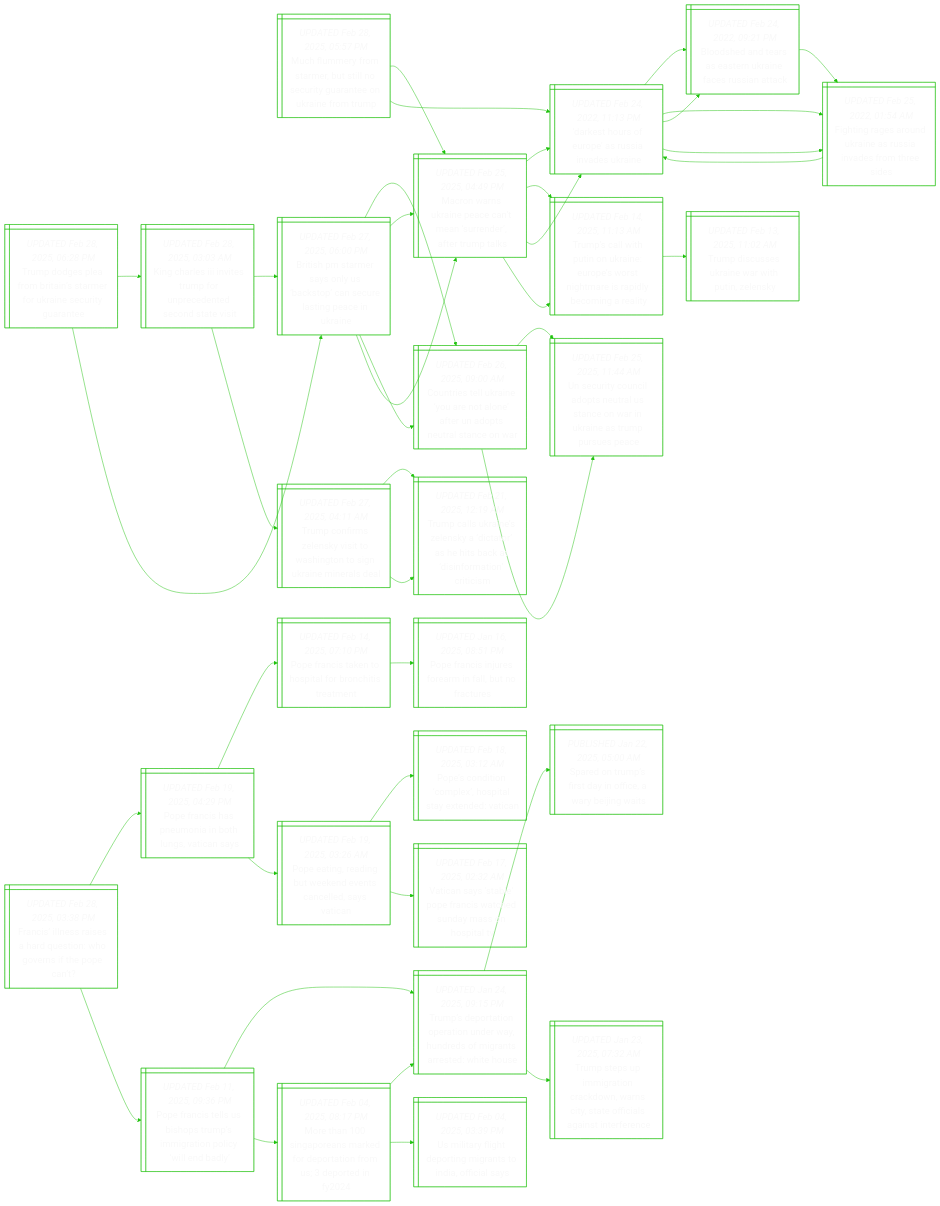
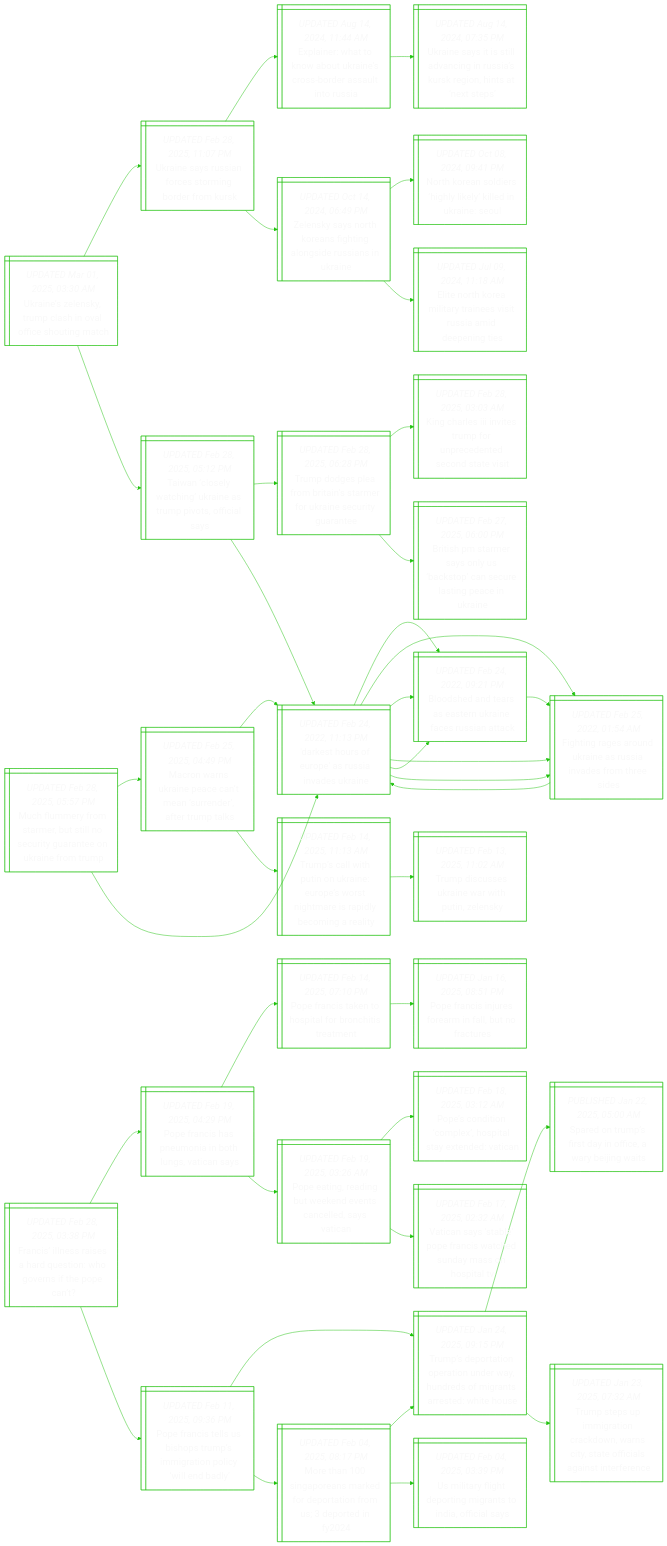
Before and after one commit to notJmes/notJmes: the diagram in README.md, drawn with Mermaid. The commit also changed other lines of this file, not shown here.

```diff
--- a/README.md
+++ b/README.md
@@ -15,6 +15,49 @@
 %%{init: {'theme':'base', 'themeVariables': {'primaryColor': "transparent", 'primaryTextColor': "#F9F9F9", 'lineColor': "#20C20E", 'primaryBorderColor':'#20C20E'}}}%%
 flowchart LR
 classDef txtsize font-size:20px;
+
+Unlyphaiogh@{ shape: win-pane, label: "_UPDATED Mar 01, 2025, 03:30 AM_
+Ukraine’s zelensky, trump clash in oval office shouting match" }
+Unsirtndos@{ shape: win-pane, label: "_UPDATED Feb 28, 2025, 11:07 PM_
+Ukraine says russian forces storming border from kursk" }
+Eihkbkesdsiu@{ shape: win-pane, label: "_UPDATED Aug 14, 2024, 11:44 AM_
+Explainer: what to know about ukraine’s cross-border assault into russia" }
+Unssacnirgits@{ shape: win-pane, label: "_UPDATED Aug 14, 2024, 07:35 PM_
+Ukraine says it is still advancing in russia’s kursk region, hints at ‘next steps’" }
+Zsyteinneini@{ shape: win-pane, label: "_UPDATED Oct 14, 2024, 06:49 PM_
+Zelensky says north koreans fighting alongside russians in ukraine" }
+NKniilyekel@{ shape: win-pane, label: "_UPDATED Oct 08, 2024, 09:41 PM_
+North korean soldiers ‘highly likely’ killed in ukraine: seoul" }
+ENKmaastidet@{ shape: win-pane, label: "_UPDATED Jul 09, 2024, 11:18 AM_
+Elite north korea military trainees visit russia amid deepening ties" }
+TnetgiTpsca@{ shape: win-pane, label: "_UPDATED Feb 28, 2025, 05:12 PM_
+Taiwan ‘closely watching’ ukraine as trump pivots, official says" }
+Tdsfrnroaetre@{ shape: win-pane, label: "_UPDATED Feb 28, 2025, 06:28 PM_
+Trump dodges plea from britain’s starmer for ukraine security guarantee" }
+Khsnspneeoas@{ shape: win-pane, label: "_UPDATED Feb 28, 2025, 03:03 AM_
+King charles iii invites trump for unprecedented second state visit" }
+BstroSsauspia@{ shape: win-pane, label: "_UPDATED Feb 27, 2025, 06:00 PM_
+British pm starmer says only us ‘backstop’ can secure lasting peace in ukraine" }
+DsruasvUn@{ shape: win-pane, label: "_UPDATED Feb 24, 2022, 11:13 PM_
+'darkest hours of europe' as russia invades ukraine" }
+Bsnranicsak@{ shape: win-pane, label: "_UPDATED Feb 24, 2022, 09:21 PM_
+Bloodshed and tears as eastern ukraine faces russian attack" }
+Figokesnsts@{ shape: win-pane, label: "_UPDATED Feb 25, 2022, 01:54 AM_
+Fighting rages around ukraine as russia invades from three sides" }
+
+Unlyphaiogh:::txtsize --> Unsirtndos:::txtsize
+Unsirtndos:::txtsize --> Eihkbkesdsiu:::txtsize
+Eihkbkesdsiu:::txtsize --> Unssacnirgits:::txtsize
+Unsirtndos:::txtsize --> Zsyteinneini:::txtsize
+Zsyteinneini:::txtsize --> NKniilyekel:::txtsize
+Zsyteinneini:::txtsize --> ENKmaastidet:::txtsize
+Unlyphaiogh:::txtsize --> TnetgiTpsca:::txtsize
+TnetgiTpsca:::txtsize --> Tdsfrnroaetre:::txtsize
+Tdsfrnroaetre:::txtsize --> Khsnspneeoas:::txtsize
+Tdsfrnroaetre:::txtsize --> BstroSsauspia:::txtsize
+TnetgiTpsca:::txtsize --> DsruasvUn:::txtsize
+DsruasvUn:::txtsize --> Bsnranicsak:::txtsize
+DsruasvUn:::txtsize --> Figokesnsts:::txtsize
 
 Mlrmmtlcyaoaru@{ shape: win-pane, label: "_UPDATED Feb 28, 2025, 05:57 PM_
 Much flummery from starmer, but still no security guarantee on ukraine from trump" }
@@ -52,52 +95,6 @@
 Bsnranicsak:::txtsize --> Figokesnsts:::txtsize
 DsruasvUn:::txtsize --> Figokesnsts:::txtsize
 Figokesnsts:::txtsize --> DsruasvUn:::txtsize
-
-Tdsfrnroaetre@{ shape: win-pane, label: "_UPDATED Feb 28, 2025, 06:28 PM_
-Trump dodges plea from britain’s starmer for ukraine security guarantee" }
-Khsnspneeoas@{ shape: win-pane, label: "_UPDATED Feb 28, 2025, 03:03 AM_
-King charles iii invites trump for unprecedented second state visit" }
-BstroSsauspia@{ shape: win-pane, label: "_UPDATED Feb 27, 2025, 06:00 PM_
-British pm starmer says only us ‘backstop’ can secure lasting peace in ukraine" }
-CreryelfNttto@{ shape: win-pane, label: "_UPDATED Feb 26, 2025, 09:00 AM_
-Countries tell ukraine ‘you are not alone’ after un adopts neutral stance on war" }
-MnsianneaTt@{ shape: win-pane, label: "_UPDATED Feb 25, 2025, 04:49 PM_
-Macron warns ukraine peace can’t mean ‘surrender’, after trump talks" }
-Tcrlytstskere@{ shape: win-pane, label: "_UPDATED Feb 27, 2025, 04:11 AM_
-Trump confirms zelensky visit to washington to sign ukraine minerals deal" }
-TcUnlytaicioiis@{ shape: win-pane, label: "_UPDATED Feb 21, 2025, 12:19 AM_
-Trump calls ukraine’s zelensky a ‘dictator’ as he hits back at ‘disinformation’ criticism" }
-TcUnlytaicioiis@{ shape: win-pane, label: "_UPDATED Feb 21, 2025, 12:19 AM_
-Trump calls ukraine’s zelensky a ‘dictator’ as he hits back at ‘disinformation’ criticism" }
-BstroSsauspia@{ shape: win-pane, label: "_UPDATED Feb 27, 2025, 06:00 PM_
-British pm starmer says only us ‘backstop’ can secure lasting peace in ukraine" }
-CreryelfNttto@{ shape: win-pane, label: "_UPDATED Feb 26, 2025, 09:00 AM_
-Countries tell ukraine ‘you are not alone’ after un adopts neutral stance on war" }
-UuCipuUnwUnruse@{ shape: win-pane, label: "_UPDATED Feb 25, 2025, 11:44 AM_
-Un security council adopts neutral us stance on war in ukraine as trump pursues peace" }
-UuCipuUnwUnruse@{ shape: win-pane, label: "_UPDATED Feb 25, 2025, 11:44 AM_
-Un security council adopts neutral us stance on war in ukraine as trump pursues peace" }
-MnsianneaTt@{ shape: win-pane, label: "_UPDATED Feb 25, 2025, 04:49 PM_
-Macron warns ukraine peace can’t mean ‘surrender’, after trump talks" }
-DsruasvUn@{ shape: win-pane, label: "_UPDATED Feb 24, 2022, 11:13 PM_
-'darkest hours of europe' as russia invades ukraine" }
-Tswunirwnmsdcgl@{ shape: win-pane, label: "_UPDATED Feb 14, 2025, 11:13 AM_
-Trump’s call with putin on ukraine: europe’s worst nightmare is rapidly becoming a reality" }
-
-Tdsfrnroaetre:::txtsize --> Khsnspneeoas:::txtsize
-Khsnspneeoas:::txtsize --> BstroSsauspia:::txtsize
-BstroSsauspia:::txtsize --> CreryelfNttto:::txtsize
-BstroSsauspia:::txtsize --> MnsianneaTt:::txtsize
-Khsnspneeoas:::txtsize --> Tcrlytstskere:::txtsize
-Tcrlytstskere:::txtsize --> TcUnlytaicioiis:::txtsize
-Tcrlytstskere:::txtsize --> TcUnlytaicioiis:::txtsize
-Tdsfrnroaetre:::txtsize --> BstroSsauspia:::txtsize
-BstroSsauspia:::txtsize --> CreryelfNttto:::txtsize
-CreryelfNttto:::txtsize --> UuCipuUnwUnruse:::txtsize
-CreryelfNttto:::txtsize --> UuCipuUnwUnruse:::txtsize
-BstroSsauspia:::txtsize --> MnsianneaTt:::txtsize
-MnsianneaTt:::txtsize --> DsruasvUn:::txtsize
-MnsianneaTt:::txtsize --> Tswunirwnmsdcgl:::txtsize
 
 Finaaqiortpt@{ shape: win-pane, label: "_UPDATED Feb 28, 2025, 03:38 PM_
 Francis’ illness raises a hard question: who governs if the pope can’t?" }
```
